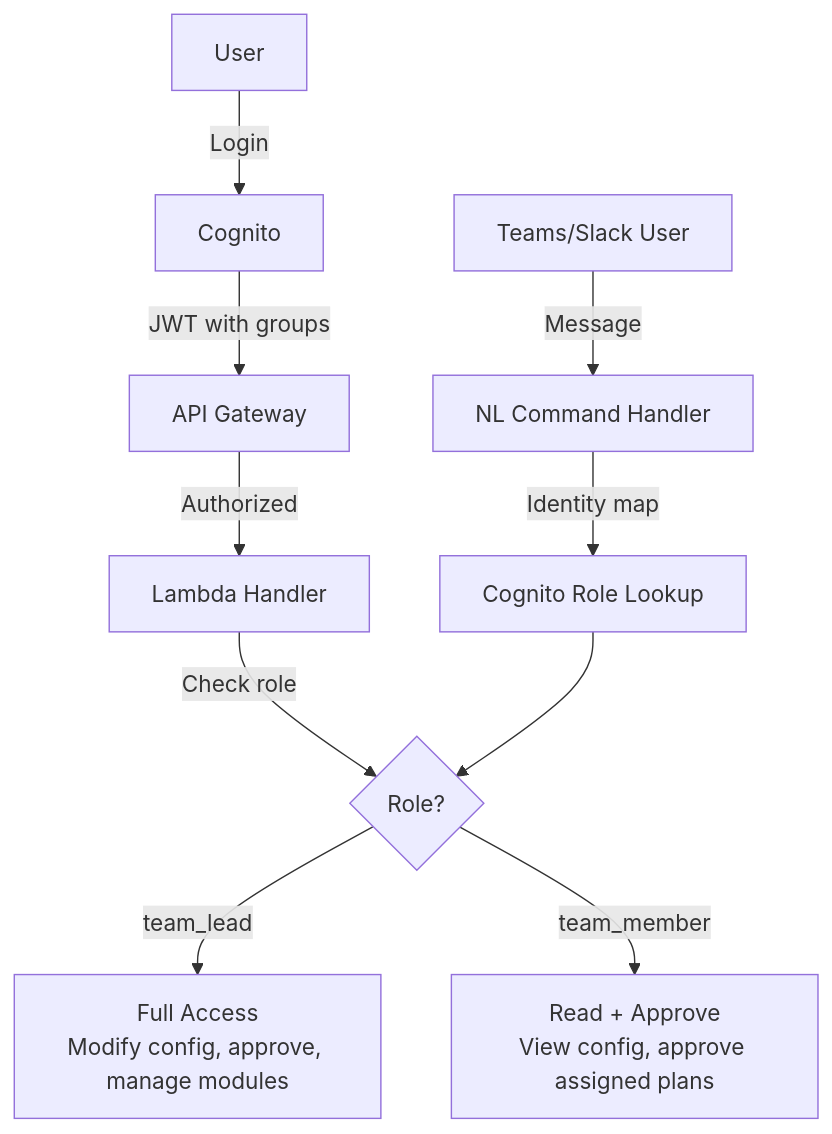
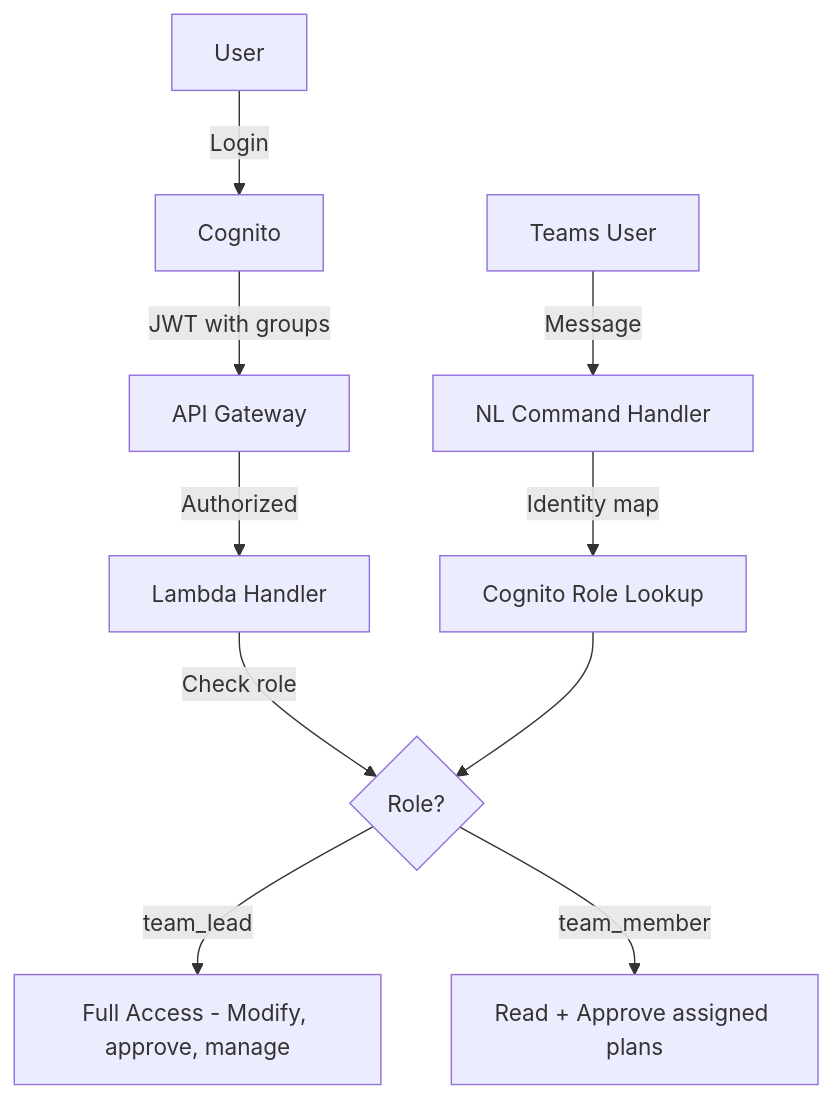
Before and after one commit to mrogers1-dot/ODOT-AWS-ForgeAdmin: the sixth of 7 diagrams in docs/architecture/system-map.md, drawn with Mermaid. The commit also changed other lines of this file, not shown here.

Commit message:
docs: add updated documentation for diagrams

````diff
--- a/docs/architecture/system-map.md
+++ b/docs/architecture/system-map.md
@@ -383,13 +374,13 @@
 ```mermaid
 graph TD
-    USER[User] -->|Login| COG[Cognito]
-    COG -->|JWT with groups| APIGW[API Gateway]
-    APIGW -->|Authorized| LAMBDA[Lambda Handler]
-    LAMBDA -->|Check role| RBAC{Role?}
-    RBAC -->|team_lead| FULL[Full Access<br/>Modify config, approve, manage modules]
-    RBAC -->|team_member| READ[Read + Approve<br/>View config, approve assigned plans]
+    USER["User"] -->|"Login"| COG["Cognito"]
+    COG -->|"JWT with groups"| APIGW["API Gateway"]
+    APIGW -->|"Authorized"| LAMBDA["Lambda Handler"]
+    LAMBDA -->|"Check role"| RBAC{"Role?"}
+    RBAC -->|"team_lead"| FULL["Full Access - Modify, approve, manage"]
+    RBAC -->|"team_member"| READ["Read + Approve assigned plans"]
 
-    NL[Teams/Slack User] -->|Message| NL_H[NL Command Handler]
-    NL_H -->|Identity map| COG_ROLE[Cognito Role Lookup]
-    COG_ROLE --> RBAC
+    NL["Teams User"] -->|"Message"| NLH["NL Command Handler"]
+    NLH -->|"Identity map"| COGROLE["Cognito Role Lookup"]
+    COGROLE --> RBAC
 ```
````
